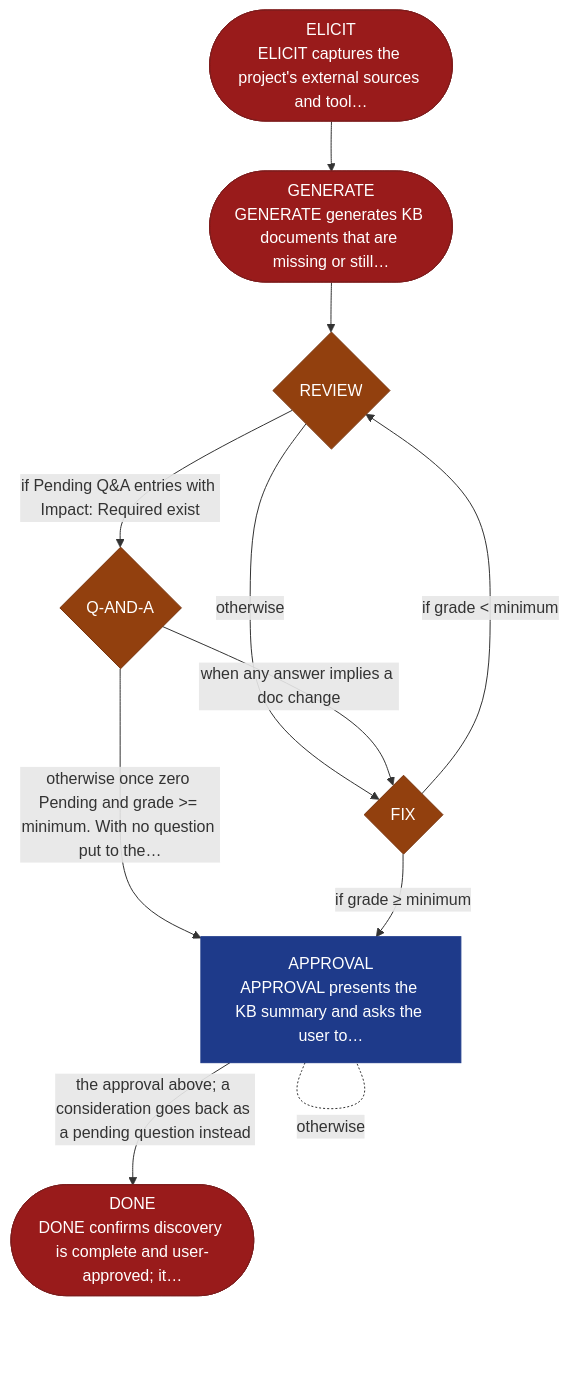
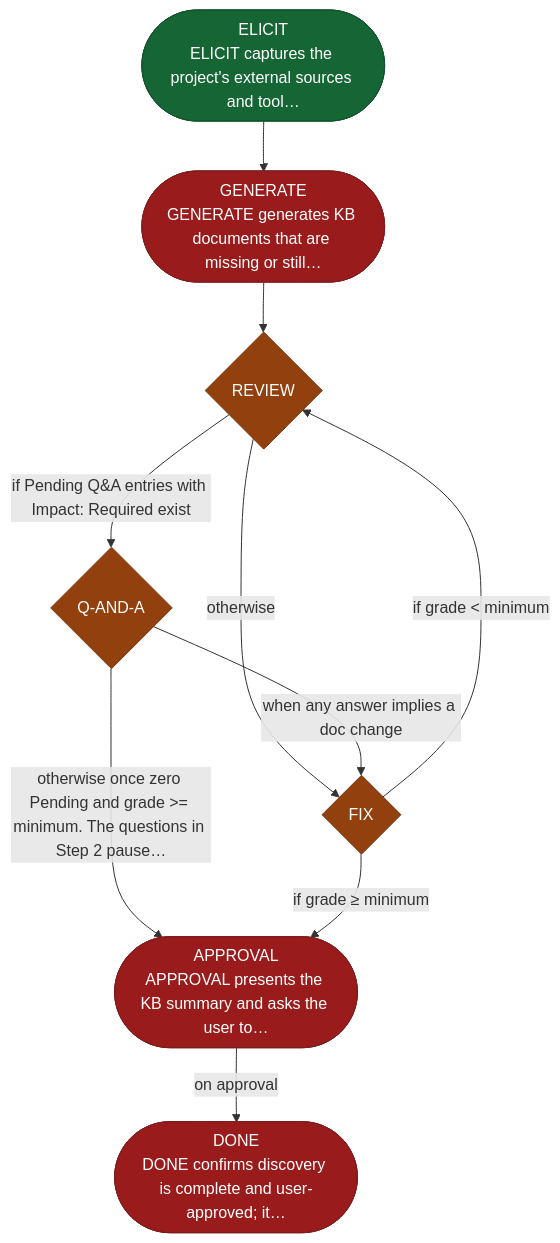
The diagram in site/src/content/docs/skills/aid-discover.md (AndreVianna/aid-methodology), drawn with Mermaid before and after one commit. The commit also changed other lines of this file and 195 other files, not shown here.

First line of the commit message:
delivery-002 review fix (cycle 1): sub-step pointers are notes, not advance lines; orchestrate under its line cap, question rule cited not restated; residual flow rungs read advance words; site regenerated; ledger rows marked Fixed (D3-11 left open)

````diff
--- a/site/src/content/docs/skills/aid-discover.md
+++ b/site/src/content/docs/skills/aid-discover.md
@@ -20,40 +20,39 @@
 ```mermaid
 flowchart TB
   classDef aidNode color:#fff
   classDef aidEntry fill:#166534,stroke:#14532d,color:#fff
   classDef aidExit fill:#991b1b,stroke:#7f1d1d,color:#fff
   classDef aidDecision fill:#92400e,stroke:#78350f,color:#fff
   classDef aidLoopBack fill:#1e3a8a,stroke:#1e3a8a,color:#fff
   classDef aidStep fill:#1a2035,stroke:#d4a853,color:#f1f5f9
   n1(["ELICIT<br/>ELICIT captures the project's external sources and tool…"])
   n2(["GENERATE<br/>GENERATE generates KB documents that are missing or still…"])
   n3{"REVIEW"}
   n4{"Q-AND-A"}
   n5{"FIX"}
-  n6["APPROVAL<br/>APPROVAL presents the KB summary and asks the user to…"]
+  n6(["APPROVAL<br/>APPROVAL presents the KB summary and asks the user to…"])
   n7(["DONE<br/>DONE confirms discovery is complete and user-approved; it…"])
   n1 --> n2
   n2 --> n3
   n3 -->|"if Pending Q&amp;A entries with Impact: Required exist"| n4
   n3 -->|"otherwise"| n5
   n4 -->|"when any answer implies a doc change"| n5
-  n4 -->|"otherwise once zero Pending and grade &gt;= minimum. With no question put to the…"| n6
+  n4 -->|"otherwise once zero Pending and grade &gt;= minimum. The questions in Step 2 pause…"| n6
   n5 -->|"if grade &lt; minimum"| n3
   n5 -->|"if grade ≥ minimum"| n6
-  n6 -. "otherwise" .- n6
-  n6 -->|"the approval above; a consideration goes back as a pending question instead"| n7
-  class n1 aidExit
+  n6 -->|"on approval"| n7
+  class n1 aidEntry
   class n2 aidExit
   class n3 aidDecision
   class n4 aidDecision
   class n5 aidDecision
-  class n6 aidLoopBack
+  class n6 aidExit
   class n7 aidExit
   class n1 aidNode
   class n2 aidNode
   class n3 aidNode
   class n4 aidNode
   class n5 aidNode
   class n6 aidNode
   class n7 aidNode
 ```
````
